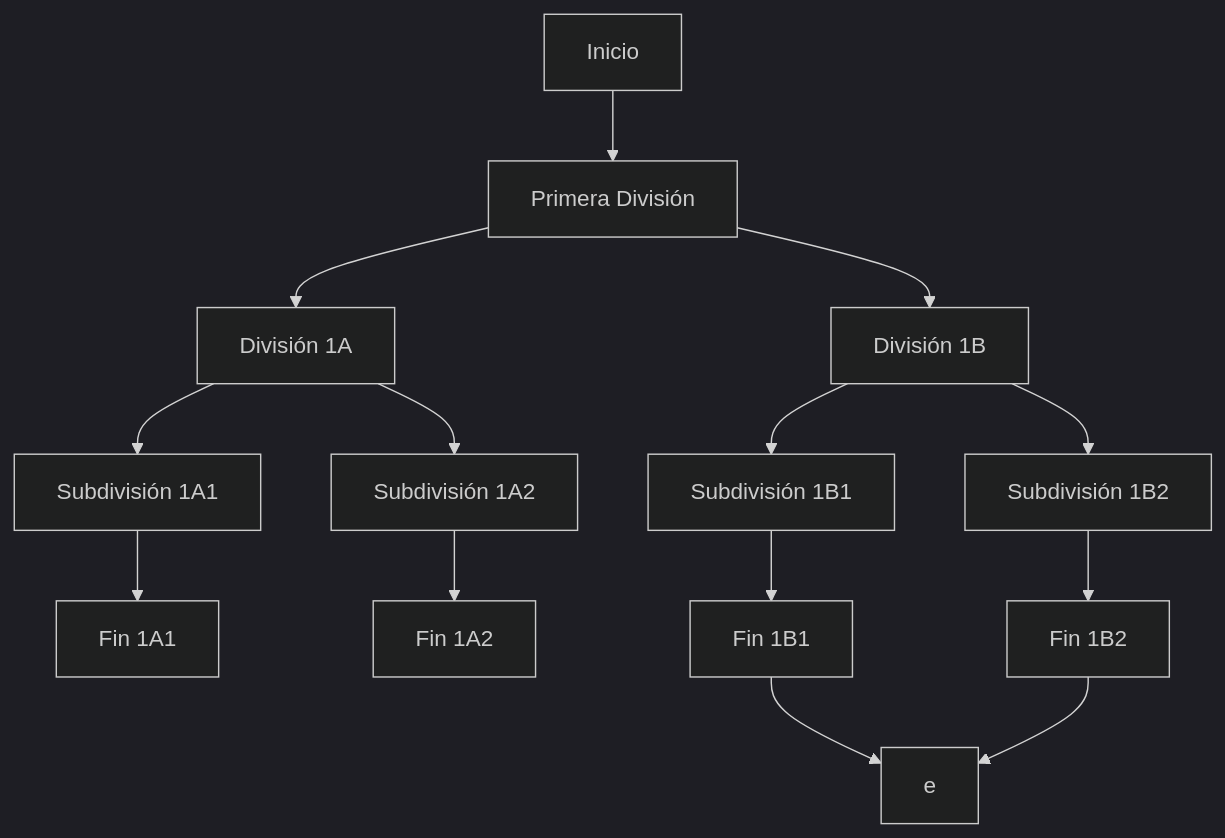
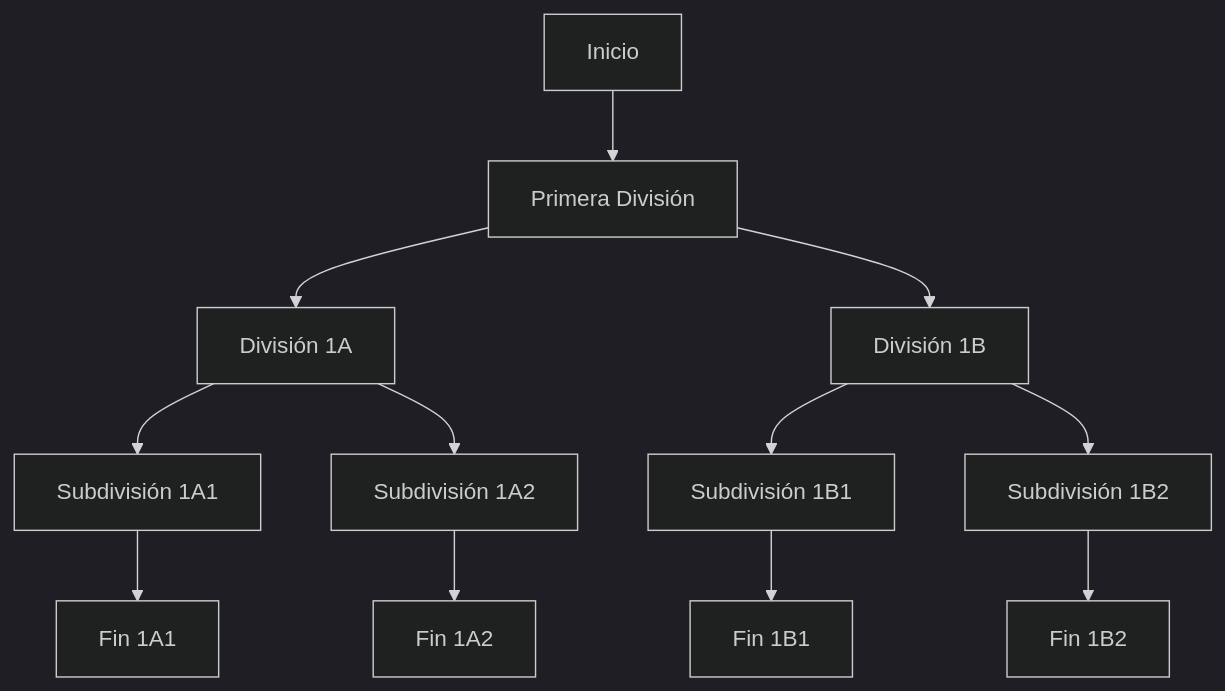
One commit to AlejandroPerezPortocarrero/Descriptive_analysis_ENAHO changed the diagram in 01_Factores_expansión.md. Above: the diagram before and after it, drawn with Mermaid (dark theme). The commit also changed other lines of this file, not shown here.

````diff
--- a/01_Factores_expansión.md
+++ b/01_Factores_expansión.md
@@ -67,17 +67,14 @@
 ```mermaid
 graph TD;
     st[Inicio] --> split1[Primera División];
     split1 --> split2a[División 1A];
     split1 --> split2b[División 1B];
     split2a --> split3a[Subdivisión 1A1];
     split2a --> split3b[Subdivisión 1A2];
     split2b --> split5a[Subdivisión 1B1];
     split2b --> split5b[Subdivisión 1B2];
     split3a --> split4a[Fin 1A1];
     split3b --> split4b[Fin 1A2];
     split5a --> split6a[Fin 1B1];
     split5b --> split6b[Fin 1B2];
-    split6a --> e;
-    split6b --> e;
-
 ```
````
